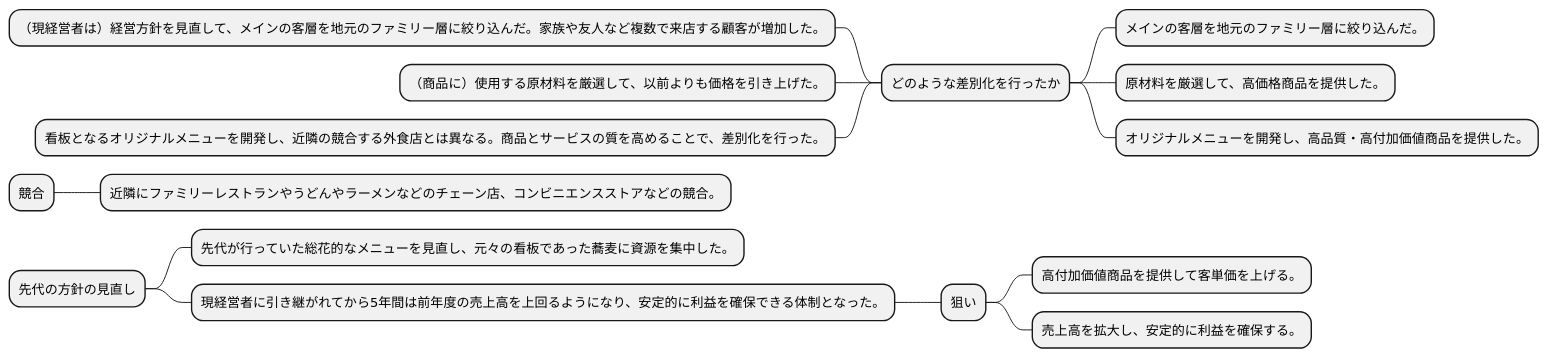
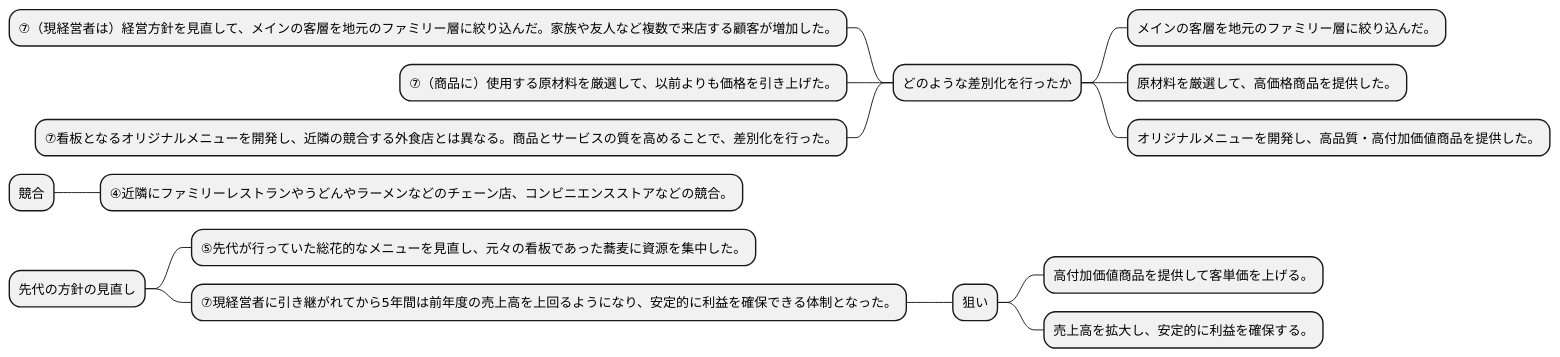
One commit to k2works/case-study-business-analysis changed the second of 11 diagrams in docs/case/study/R05/r05_case_1_study_2.adoc. Above: the diagram before and after it, drawn with PlantUML. The commit also changed other lines of this file, not shown here.

```diff
--- a/docs/case/study/R05/r05_case_1_study_2.adoc
+++ b/docs/case/study/R05/r05_case_1_study_2.adoc
@@ -95,22 +95,22 @@
 [plantuml]
 ----
 @startmindmap
 
 * どのような差別化を行ったか
--- （現経営者は）経営方針を見直して、メインの客層を地元のファミリー層に絞り込んだ。家族や友人など複数で来店する顧客が増加した。
--- （商品に）使用する原材料を厳選して、以前よりも価格を引き上げた。
--- 看板となるオリジナルメニューを開発し、近隣の競合する外食店とは異なる。商品とサービスの質を高めることで、差別化を行った。
+-- ⑦（現経営者は）経営方針を見直して、メインの客層を地元のファミリー層に絞り込んだ。家族や友人など複数で来店する顧客が増加した。
+-- ⑦（商品に）使用する原材料を厳選して、以前よりも価格を引き上げた。
+-- ⑦看板となるオリジナルメニューを開発し、近隣の競合する外食店とは異なる。商品とサービスの質を高めることで、差別化を行った。
 ** メインの客層を地元のファミリー層に絞り込んだ。
 ** 原材料を厳選して、高価格商品を提供した。
 ** オリジナルメニューを開発し、高品質・高付加価値商品を提供した。
 * 競合
-** 近隣にファミリーレストランやうどんやラーメンなどのチェーン店、コンビニエンスストアなどの競合。
+** ④近隣にファミリーレストランやうどんやラーメンなどのチェーン店、コンビニエンスストアなどの競合。
 * 先代の方針の見直し
-** 先代が行っていた総花的なメニューを見直し、元々の看板であった蕎麦に資源を集中した。
-** 現経営者に引き継がれてから5年間は前年度の売上高を上回るようになり、安定的に利益を確保できる体制となった。
+** ⑤先代が行っていた総花的なメニューを見直し、元々の看板であった蕎麦に資源を集中した。
+** ⑦現経営者に引き継がれてから5年間は前年度の売上高を上回るようになり、安定的に利益を確保できる体制となった。
 *** 狙い
 **** 高付加価値商品を提供して客単価を上げる。
 **** 売上高を拡大し、安定的に利益を確保する。
 
 @endmindmap
 ----
```
